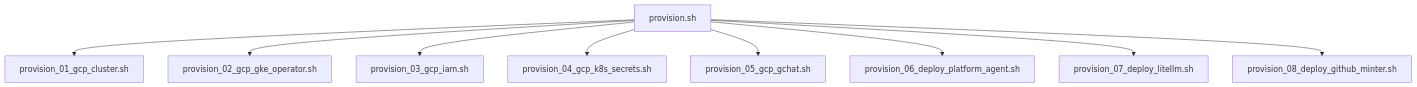
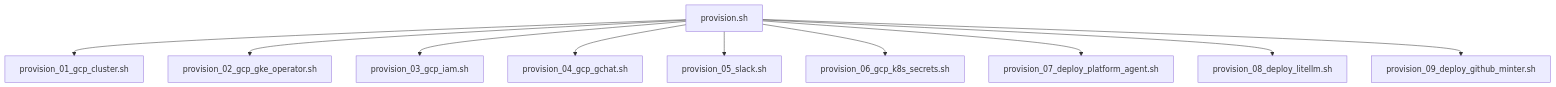
The first of 2 diagrams in k8s-operator/README.md (gke-agentic/kube-agents), drawn with Mermaid before and after one commit. The commit also changed other lines of this file and 30 other files, not shown here.

````diff
--- a/k8s-operator/README.md
+++ b/k8s-operator/README.md
@@ -47,11 +47,12 @@
 ```mermaid
 graph TD
     A[provision.sh] --> B[provision_01_gcp_cluster.sh]
     A --> C[provision_02_gcp_gke_operator.sh]
     A --> D[provision_03_gcp_iam.sh]
-    A --> E[provision_04_gcp_k8s_secrets.sh]
-    A --> F[provision_05_gcp_gchat.sh]
-    A --> G[provision_06_deploy_platform_agent.sh]
-    A --> H[provision_07_deploy_litellm.sh]
-    A --> I[provision_08_deploy_github_minter.sh]
+    A --> E[provision_04_gcp_gchat.sh]
+    A --> F[provision_05_slack.sh]
+    A --> G[provision_06_gcp_k8s_secrets.sh]
+    A --> H[provision_07_deploy_platform_agent.sh]
+    A --> I[provision_08_deploy_litellm.sh]
+    A --> J[provision_09_deploy_github_minter.sh]
 ```
````
